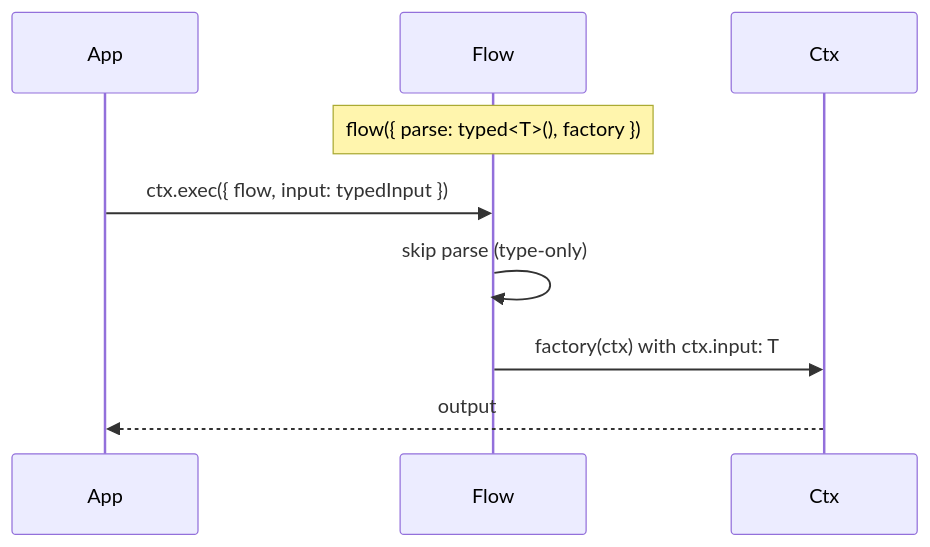
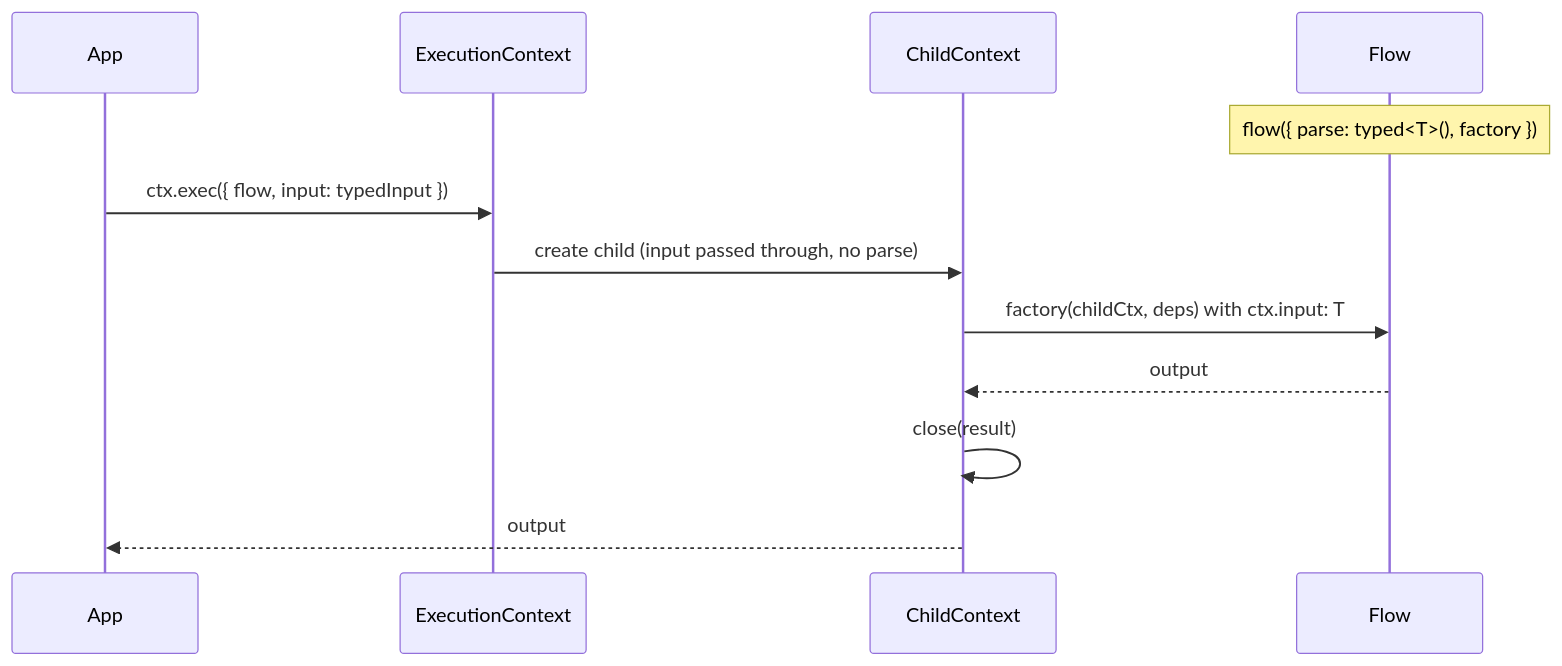
One commit to pumped-fn/pumped-fn changed the eighth of 11 diagrams in packages/lite/PATTERNS.md. Above: the diagram before and after it, drawn with Mermaid. The commit also changed other lines of this file and 8 other files, not shown here.

First line of the commit message:
feat(lite): CloseResult-aware cleanup and CLI discovery tool

````diff
--- a/packages/lite/PATTERNS.md
+++ b/packages/lite/PATTERNS.md
@@ -189,12 +203,15 @@
 ```mermaid
 sequenceDiagram
     participant App
+    participant Ctx as ExecutionContext
+    participant Child as ChildContext
     participant Flow
-    participant Ctx
 
     Note over Flow: flow({ parse: typed<T>(), factory })
-    App->>Flow: ctx.exec({ flow, input: typedInput })
-    Flow->>Flow: skip parse (type-only)
-    Flow->>Ctx: factory(ctx) with ctx.input: T
-    Ctx-->>App: output
+    App->>Ctx: ctx.exec({ flow, input: typedInput })
+    Ctx->>Child: create child (input passed through, no parse)
+    Child->>Flow: factory(childCtx, deps) with ctx.input: T
+    Flow-->>Child: output
+    Child->>Child: close(result)
+    Child-->>App: output
 ```
````
